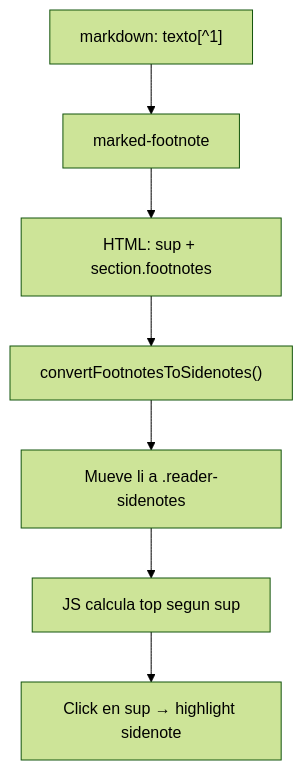
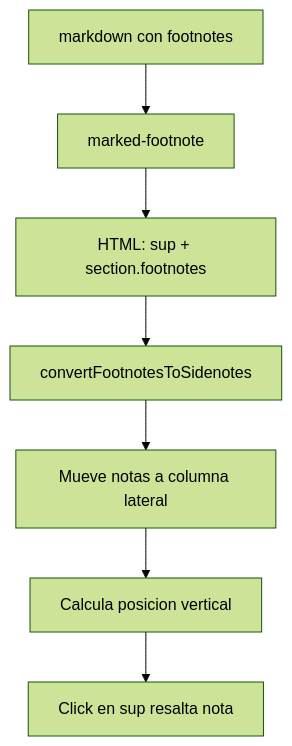
One commit to amereida/constel-db changed the eighth of 9 diagrams in docs/ARCHITECTURE.md. Above: the diagram before and after it, drawn with Mermaid (forest theme). The commit also changed other lines of this file and 7 other files, not shown here.

````diff
--- a/docs/ARCHITECTURE.md
+++ b/docs/ARCHITECTURE.md
@@ -263,9 +263,9 @@
 ```mermaid
 flowchart TD
-    A["markdown: texto[^1]"] --> B["marked-footnote"]
+    A["markdown con footnotes"] --> B[marked-footnote]
     B --> C["HTML: sup + section.footnotes"]
-    C --> D["convertFootnotesToSidenotes()"]
-    D --> E["Mueve li a .reader-sidenotes"]
-    E --> F["JS calcula top segun sup"]
-    F --> G["Click en sup → highlight sidenote"]
+    C --> D[convertFootnotesToSidenotes]
+    D --> E["Mueve notas a columna lateral"]
+    E --> F["Calcula posicion vertical"]
+    F --> G["Click en sup resalta nota"]
 ```
````
